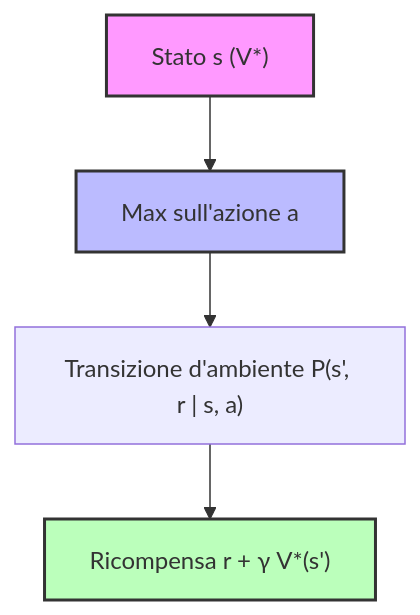
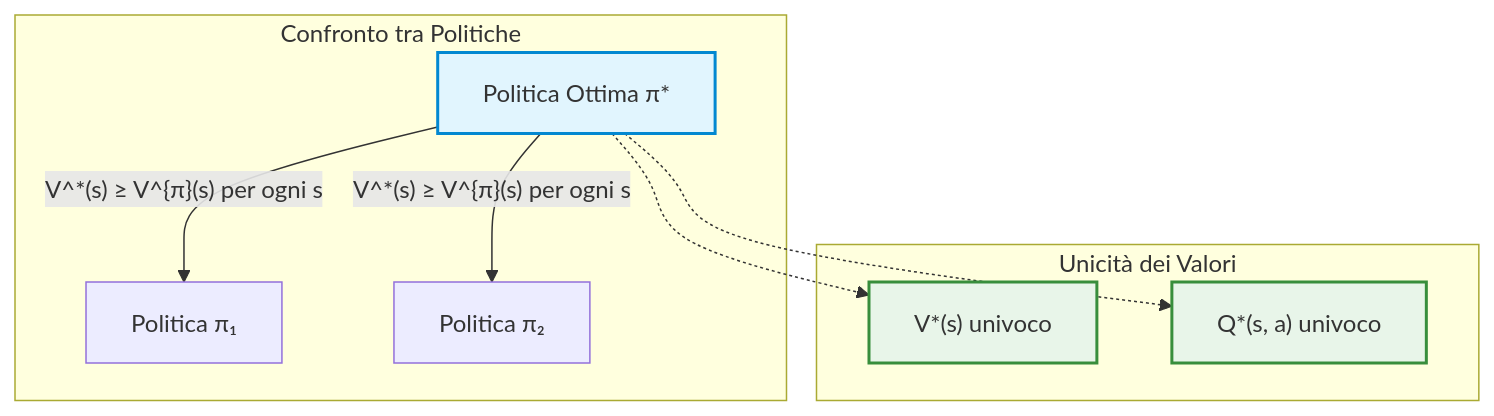
Before and after one commit to giovannistefanuto/Lezionify-Appunti: the first of 6 diagrams in Reinforcement Learning/2026-10-12/schema.md, drawn with Mermaid. The commit also changed other lines of this file and 2 other files, not shown here.

````diff
--- a/Reinforcement Learning/2026-10-12/schema.md
+++ b/Reinforcement Learning/2026-10-12/schema.md
@@ -80,10 +50,23 @@
 ```mermaid
 flowchart TD
-    A["Stato s (V*)"] --> B["Max sull'azione a"]
-    B --> C["Transizione d'ambiente P(s', r | s, a)"]
-    C --> D["Ricompensa r + γ V*(s')"]
+    subgraph SpazioPolitiche["Confronto tra Politiche"]
+        P1["Politica π₁"]
+        P2["Politica π₂"]
+        PStar["Politica Ottima π*"]
+    end
 
-    style A fill:#f9f,stroke:#333,stroke-width:2px
-    style B fill:#bbf,stroke:#333,stroke-width:2px
-    style D fill:#bfb,stroke:#333,stroke-width:2px
+    PStar -->|"V^*(s) ≥ V^{π}(s) per ogni s"| P1
+    PStar -->|"V^*(s) ≥ V^{π}(s) per ogni s"| P2
+
+    subgraph ValoriOttimi["Unicità dei Valori"]
+        VStar["V*(s) univoco"]
+        QStar["Q*(s, a) univoco"]
+    end
+
+    PStar -.-> VStar
+    PStar -.-> QStar
+
+    style PStar fill:#e1f5fe,stroke:#0288d1,stroke-width:2px
+    style VStar fill:#e8f5e9,stroke:#388e3c,stroke-width:2px
+    style QStar fill:#e8f5e9,stroke:#388e3c,stroke-width:2px
 ```
````
